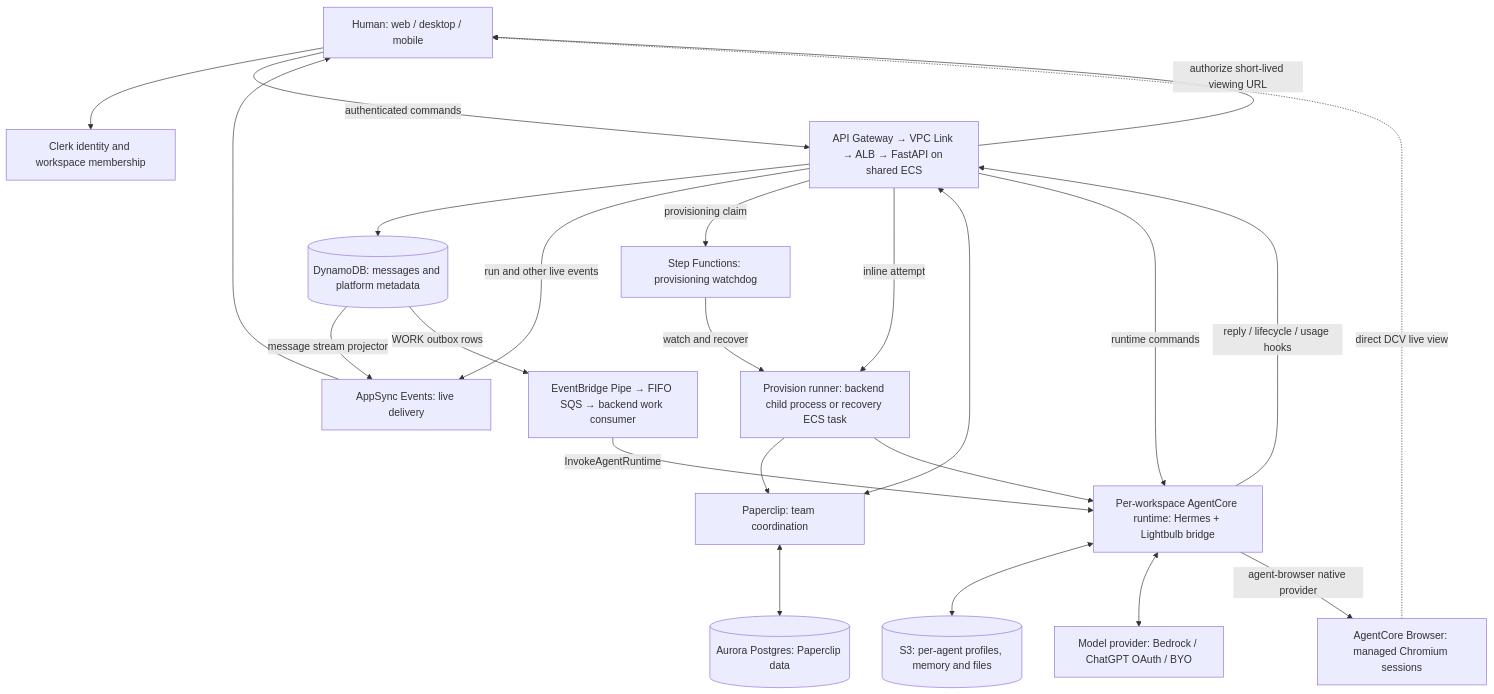
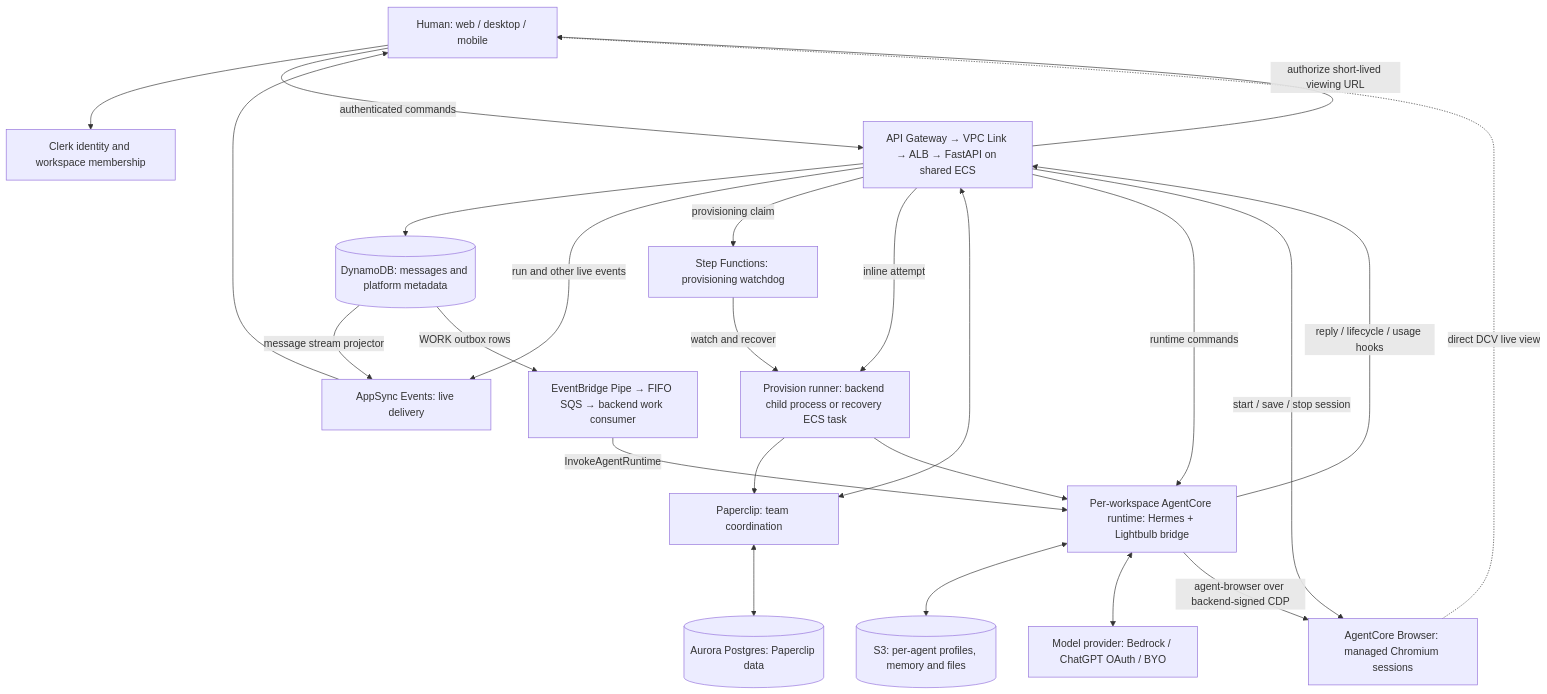
The diagram in docs/architecture/current-system.md (TheLightbulbCompany/lightbulb), drawn with Mermaid before and after one commit. The commit also changed other lines of this file and 23 other files, not shown here.

First line of the commit message:
chore(browser): diet before the per-agent tabs work; lease-row conflicts retry; no Memory Saver promo

````diff
--- a/docs/architecture/current-system.md
+++ b/docs/architecture/current-system.md
@@ -12,40 +12,41 @@
 ```mermaid
 flowchart TD
     Human[Human: web / desktop / mobile]
     Clerk[Clerk identity and workspace membership]
     API[API Gateway → VPC Link → ALB → FastAPI on shared ECS]
     DDB[(DynamoDB: messages and platform metadata)]
     Events[AppSync Events: live delivery]
     Work[EventBridge Pipe → FIFO SQS → backend work consumer]
     SFN[Step Functions: provisioning watchdog]
     Provision[Provision runner: backend child process or recovery ECS task]
     Paperclip[Paperclip: team coordination]
     Aurora[(Aurora Postgres: Paperclip data)]
     Runtime[Per-workspace AgentCore runtime: Hermes + Lightbulb bridge]
     S3[(S3: per-agent profiles, memory and files)]
     Model[Model provider: Bedrock / ChatGPT OAuth / BYO]
     Browser[AgentCore Browser: managed Chromium sessions]
 
     Human --> Clerk
     Human -->|authenticated commands| API
     API --> DDB
     DDB -->|message stream projector| Events
     API -->|run and other live events| Events
     Events --> Human
     API -->|provisioning claim| SFN
     API -->|inline attempt| Provision
     SFN -->|watch and recover| Provision
     Provision --> Paperclip
     Provision --> Runtime
     API <--> Paperclip
     Paperclip <--> Aurora
     DDB -->|WORK outbox rows| Work
     Work -->|InvokeAgentRuntime| Runtime
     API -->|runtime commands| Runtime
     Runtime -->|reply / lifecycle / usage hooks| API
     Runtime <--> S3
     Runtime <--> Model
-    Runtime -->|agent-browser native provider| Browser
+    Runtime -->|agent-browser over backend-signed CDP| Browser
+    API -->|start / save / stop session| Browser
     API -->|authorize short-lived viewing URL| Human
     Browser -.->|direct DCV live view| Human
 ```
````
